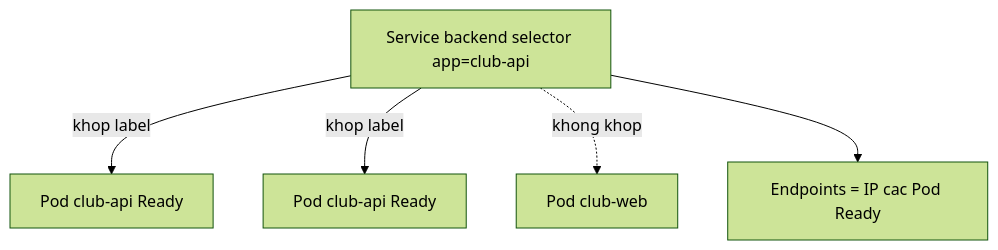
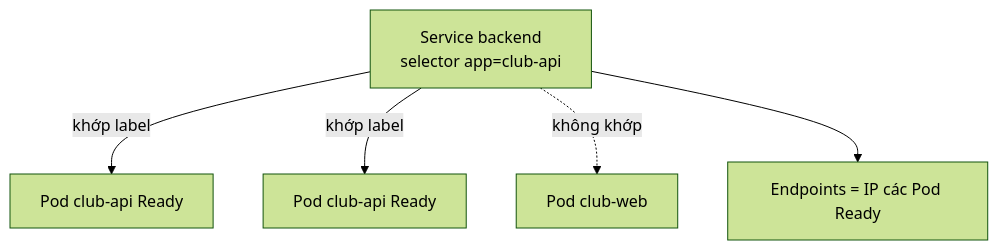
Before and after one commit to TienNHM/devops-course: the second of 2 diagrams in slides/06-kubectl/session-24.md, drawn with Mermaid (forest theme). The commit also changed other lines of this file and 266 other files, not shown here.

````diff
--- a/slides/06-kubectl/session-24.md
+++ b/slides/06-kubectl/session-24.md
@@ -144,7 +112,7 @@
 ```mermaid
 flowchart TD
-  S["Service backend selector app=club-api"] -->|"khop label"| P1["Pod club-api Ready"]
-  S -->|"khop label"| P2["Pod club-api Ready"]
-  S -.->|"khong khop"| P3["Pod club-web"]
-  S --> E["Endpoints = IP cac Pod Ready"]
+  S["Service backend<br/>selector app=club-api"] -->|"khớp label"| P1["Pod club-api Ready"]
+  S -->|"khớp label"| P2["Pod club-api Ready"]
+  S -.->|"không khớp"| P3["Pod club-web"]
+  S --> E["Endpoints = IP các Pod Ready"]
 ```
````
